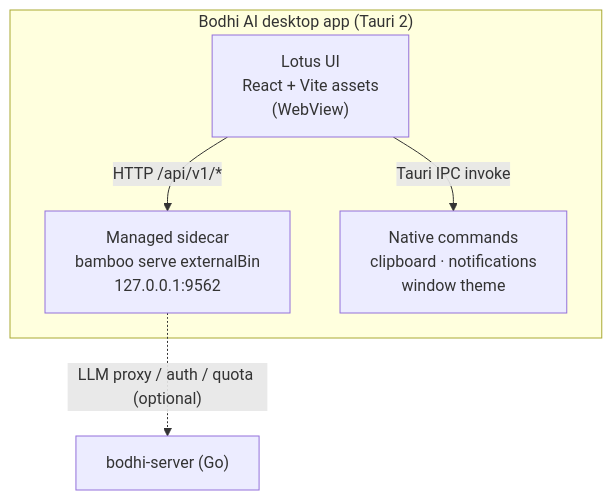
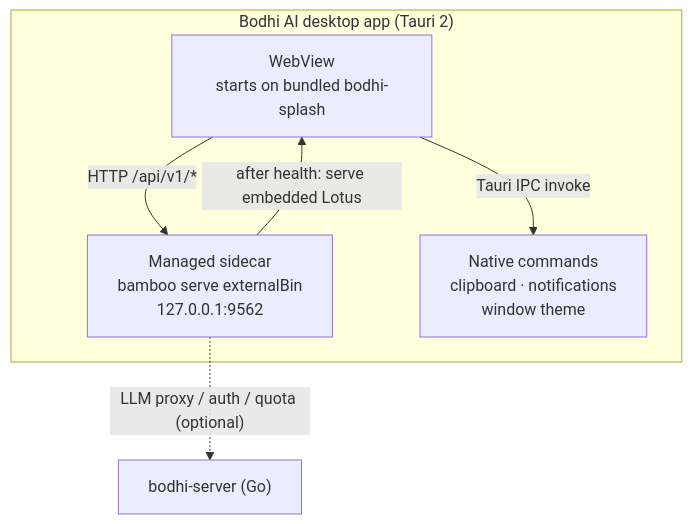
The diagram in README.md (bigduu/Bodhi-AI), drawn with Mermaid before and after one commit. The commit also changed other lines of this file and 1 other file, not shown here.

````diff
--- a/README.md
+++ b/README.md
@@ -39,11 +39,12 @@
 ```mermaid
 graph TD
   subgraph Desktop["Bodhi AI desktop app (Tauri 2)"]
-    L["Lotus UI<br/>React + Vite assets<br/>(WebView)"]
+    W["WebView<br/>starts on bundled bodhi-splash"]
     E["Managed sidecar<br/>bamboo serve externalBin<br/>127.0.0.1:9562"]
     N["Native commands<br/>clipboard · notifications<br/>window theme"]
-    L -- "HTTP /api/v1/*" --> E
-    L -- "Tauri IPC invoke" --> N
+    E -- "after health: serve embedded Lotus" --> W
+    W -- "HTTP /api/v1/*" --> E
+    W -- "Tauri IPC invoke" --> N
   end
   E -. "LLM proxy / auth / quota (optional)" .-> S["bodhi-server (Go)"]
 ```
````
